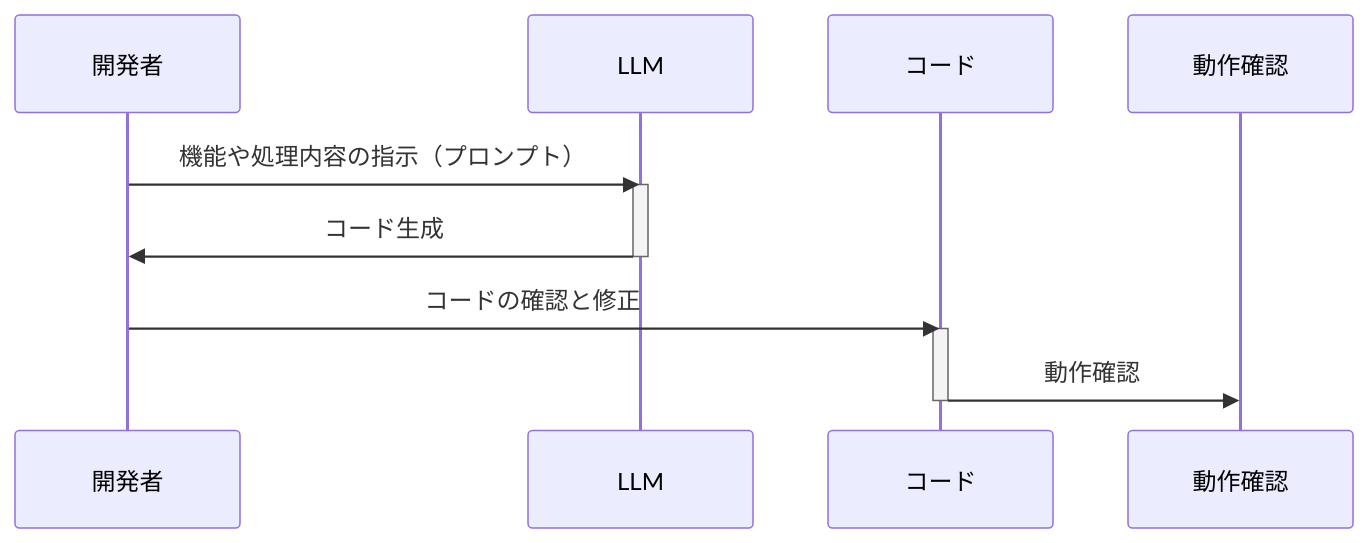
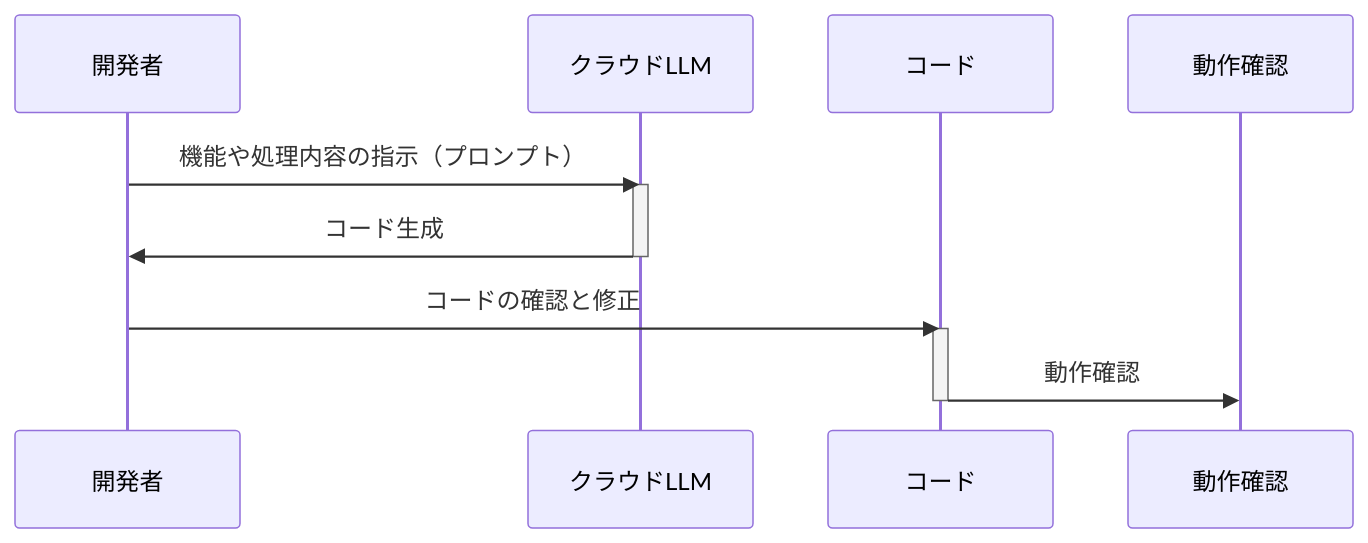
Before and after one commit to SparklingDetergent/doc_genai_Regarding_the_use_of_local_LLM_and_LLM_on_cloud_services: the third of 7 diagrams in README.md, drawn with Mermaid. The commit also changed other lines of this file, not shown here.

````diff
--- a/README.md
+++ b/README.md
@@ -111,16 +110,16 @@
 ```mermaid
 sequenceDiagram
     participant 開発者
-    participant LLM
+    participant クラウドLLM
     participant コード
 
-    開発者->>LLM: 機能や処理内容の指示（プロンプト）
-    activate LLM
-    LLM->>開発者: コード生成
-    deactivate LLM
+    開発者->>クラウドLLM: 機能や処理内容の指示（プロンプト）
+    activate クラウドLLM
+    クラウドLLM->>開発者: コード生成
+    deactivate クラウドLLM
     開発者->>コード: コードの確認と修正
     activate コード
     コード->>動作確認: 動作確認
     deactivate コード
 
 ```
````
